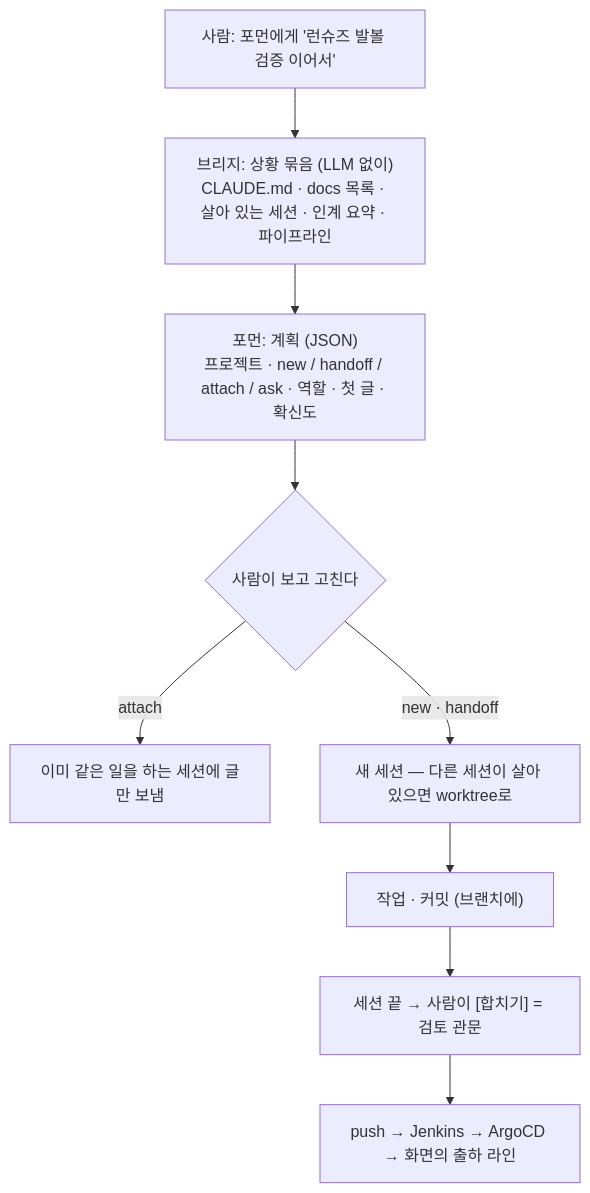
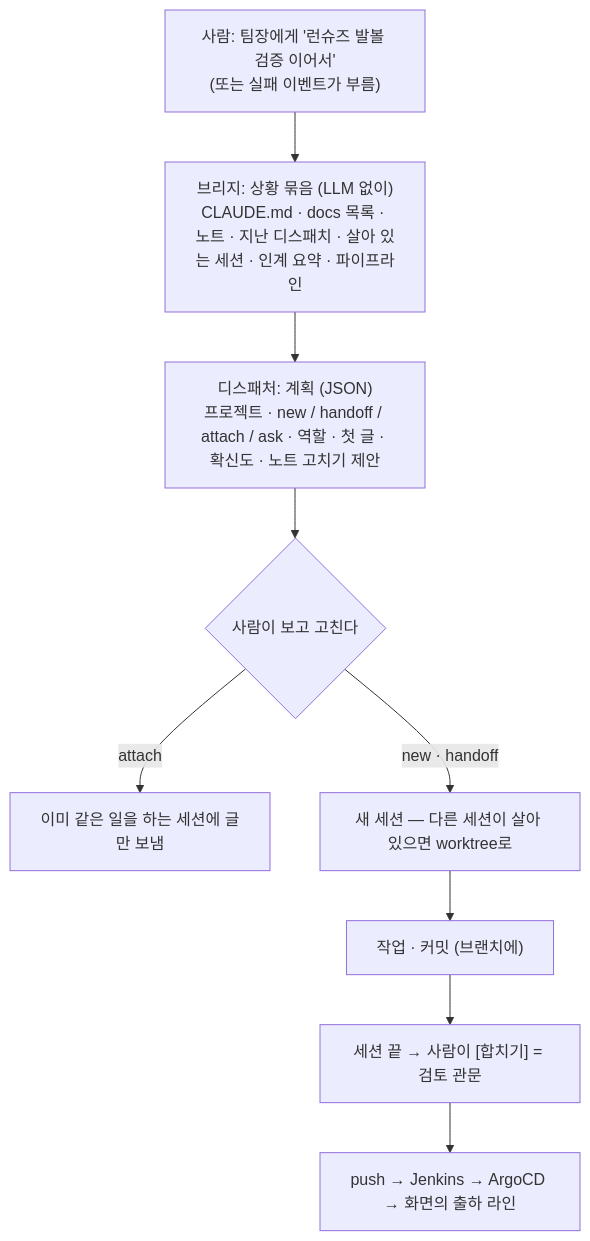
Before and after one commit to Gabriel-Joo/foreman: the second of 2 diagrams in portfolio/00_overview.md, drawn with Mermaid. The commit also changed other lines of this file and 25 other files, not shown here.

````diff
--- a/portfolio/00_overview.md
+++ b/portfolio/00_overview.md
@@ -92,11 +92,11 @@
 ```mermaid
 flowchart TD
-  A["사람: 포먼에게 '런슈즈 발볼 검증 이어서'"] --> B["브리지: 상황 묶음 (LLM 없이)<br/>CLAUDE.md · docs 목록 · 살아 있는 세션 · 인계 요약 · 파이프라인"]
-  B --> C["포먼: 계획 (JSON)<br/>프로젝트 · new / handoff / attach / ask · 역할 · 첫 글 · 확신도"]
+  A["사람: 팀장에게 '런슈즈 발볼 검증 이어서'<br/>(또는 실패 이벤트가 부름)"] --> B["브리지: 상황 묶음 (LLM 없이)<br/>CLAUDE.md · docs 목록 · 노트 · 지난 디스패치 · 살아 있는 세션 · 인계 요약 · 파이프라인"]
+  B --> C["디스패처: 계획 (JSON)<br/>프로젝트 · new / handoff / attach / ask · 역할 · 첫 글 · 확신도 · 노트 고치기 제안"]
   C --> D{"사람이 보고 고친다"}
   D -->|attach| E["이미 같은 일을 하는 세션에 글만 보냄"]
   D -->|new · handoff| F["새 세션 — 다른 세션이 살아 있으면 worktree로"]
   F --> G["작업 · 커밋 (브랜치에)"]
   G --> H["세션 끝 → 사람이 [합치기] = 검토 관문"]
   H --> I["push → Jenkins → ArgoCD → 화면의 출하 라인"]
 ```
````
